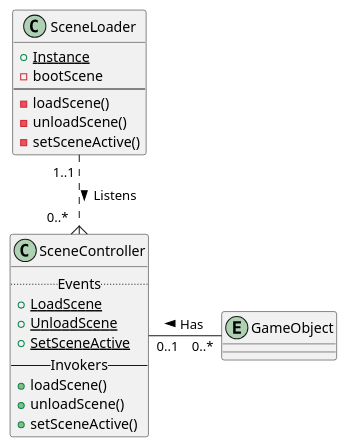
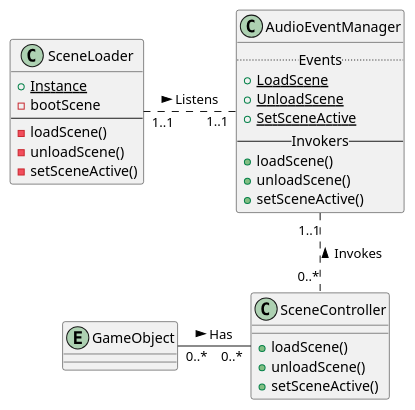
The diagram in UML/scenesystem.iuml (jskelly2021/Journey), drawn with PlantUML before and after one commit.

Commit message:
Updated SceneSystem UML for future implementation

```diff
--- a/UML/scenesystem.iuml
+++ b/UML/scenesystem.iuml
@@ -1,26 +1,33 @@
 @startuml scenesystem
 class SceneLoader {
     {static} +Instance
     -bootScene
     --
     -loadScene()
     -unloadScene()
     -setSceneActive()
 }
 
 class SceneController {
+    +loadScene()
+    +unloadScene()
+    +setSceneActive()
+}
+
+class AudioEventManager {
     ..Events..
     {static} +LoadScene
     {static} +UnloadScene
     {static} +SetSceneActive
     --Invokers--
     +loadScene()
     +unloadScene()
     +setSceneActive()
 }
 
 entity GameObject
 
-SceneLoader       "1..1 "   ..{       "0..*   "  SceneController   : " Listens >"
-SceneController   "0..1"    -right-   "0..*"     GameObject        : " Has <"
+SceneLoader       "1..1 "   .right.    "1..1"     AudioEventManager   : " Listens >"
+SceneController   "0..*"    .up.       "1..1"     AudioEventManager   : " Invokes >"
+SceneController   "0..*"    -left-     "0..*"     GameObject          : " Has <"
 @enduml
```
